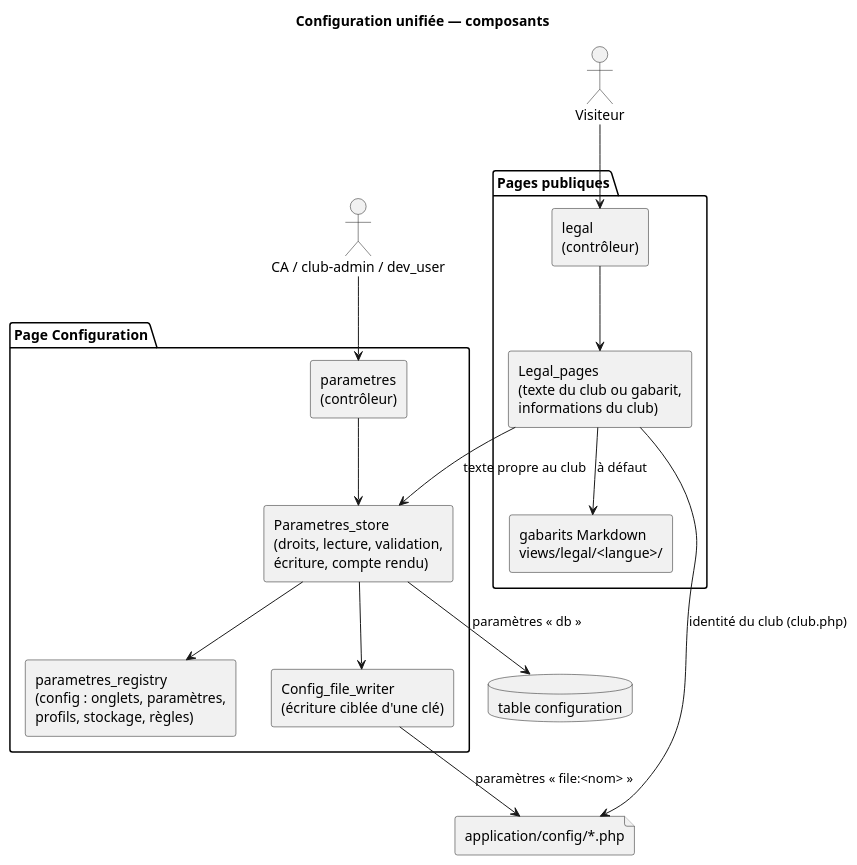
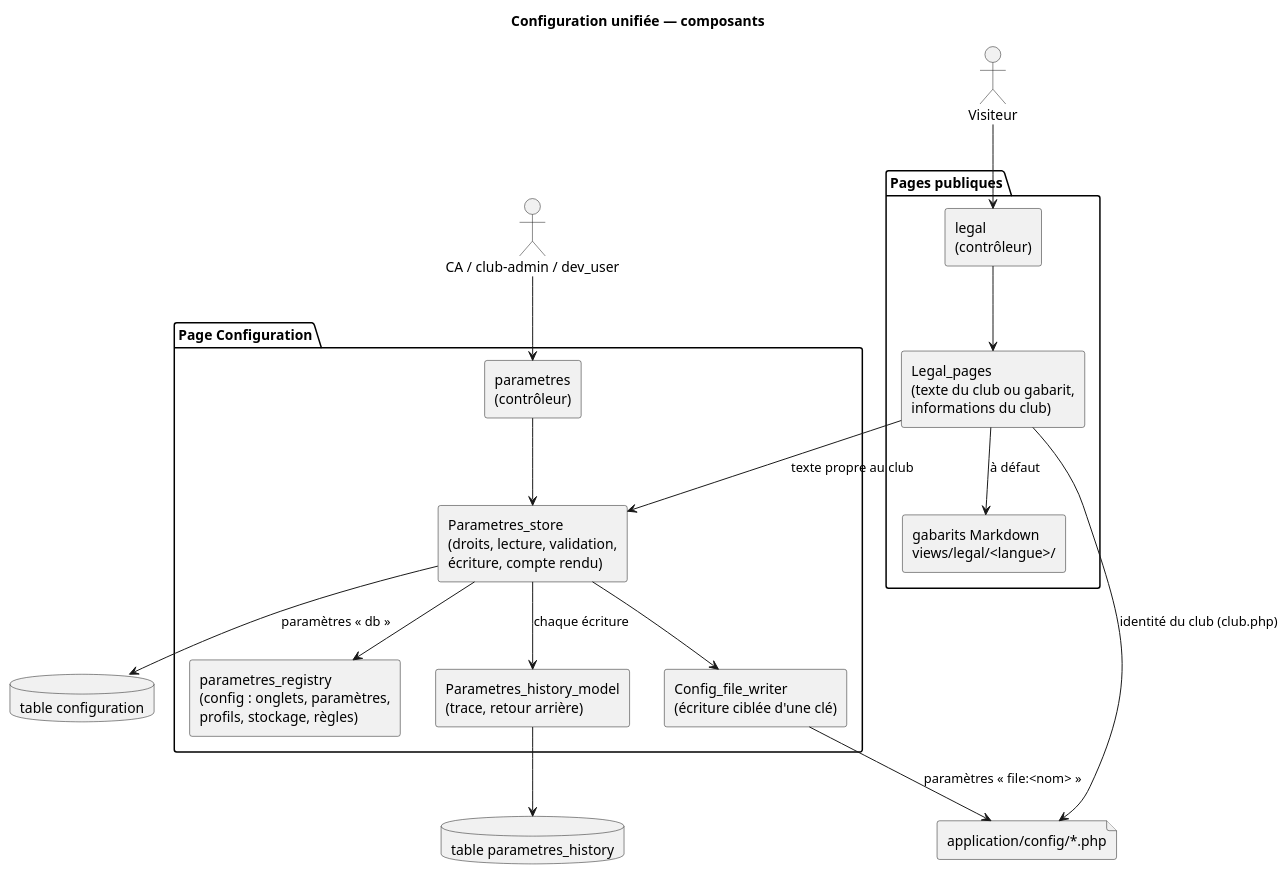
The diagram in doc/design_notes/diagrams/configuration_unifiee.puml (flub78/gvv), drawn with PlantUML before and after one commit. The commit also changed 27 other files, not shown here.

```diff
--- a/doc/design_notes/diagrams/configuration_unifiee.puml
+++ b/doc/design_notes/diagrams/configuration_unifiee.puml
@@ -1,36 +1,40 @@
 @startuml configuration_unifiee
 skinparam componentStyle rectangle
 title Configuration unifiée — composants
 
 actor "CA / club-admin / dev_user" as admin
 actor "Visiteur" as visitor
 
 package "Page Configuration" {
   [parametres\n(contrôleur)] as ctrl
   [parametres_registry\n(config : onglets, paramètres,\nprofils, stockage, règles)] as registry
   [Parametres_store\n(droits, lecture, validation,\nécriture, compte rendu)] as store
   [Config_file_writer\n(écriture ciblée d'une clé)] as writer
+  [Parametres_history_model\n(trace, retour arrière)] as history
 }
 
 package "Pages publiques" {
   [legal\n(contrôleur)] as legal
   [Legal_pages\n(texte du club ou gabarit,\ninformations du club)] as pages
   [gabarits Markdown\nviews/legal/<langue>/] as templates
 }
 
 database "table configuration" as db
+database "table parametres_history" as hdb
 file "application/config/*.php" as files
 
 admin --> ctrl
 ctrl --> store
 store --> registry
 store --> db : paramètres « db »
 store --> writer
 writer --> files : paramètres « file:<nom> »
+store --> history : chaque écriture
+history --> hdb
 
 visitor --> legal
 legal --> pages
 pages --> store : texte propre au club
 pages --> templates : à défaut
 pages --> files : identité du club (club.php)
 @enduml
```
